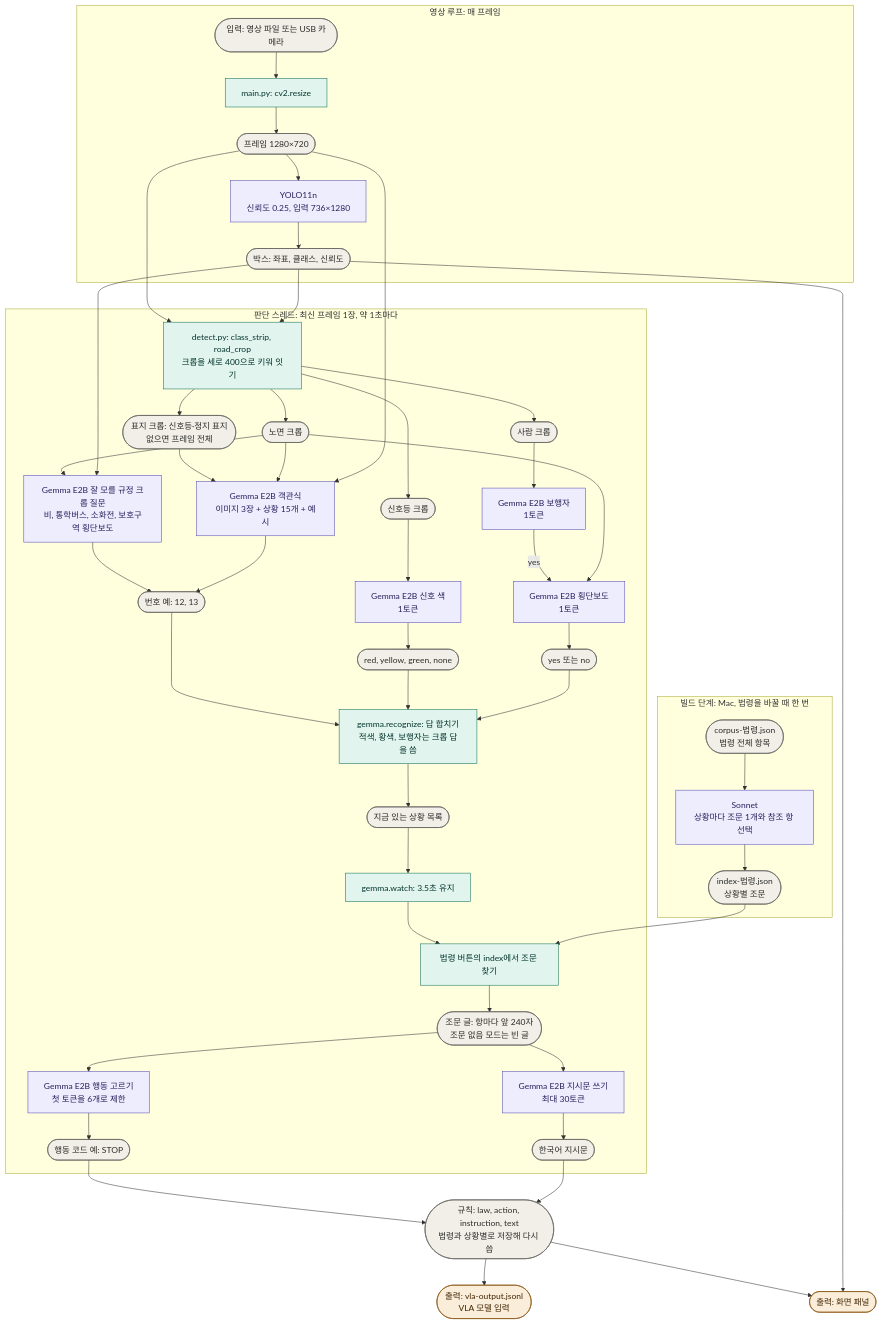
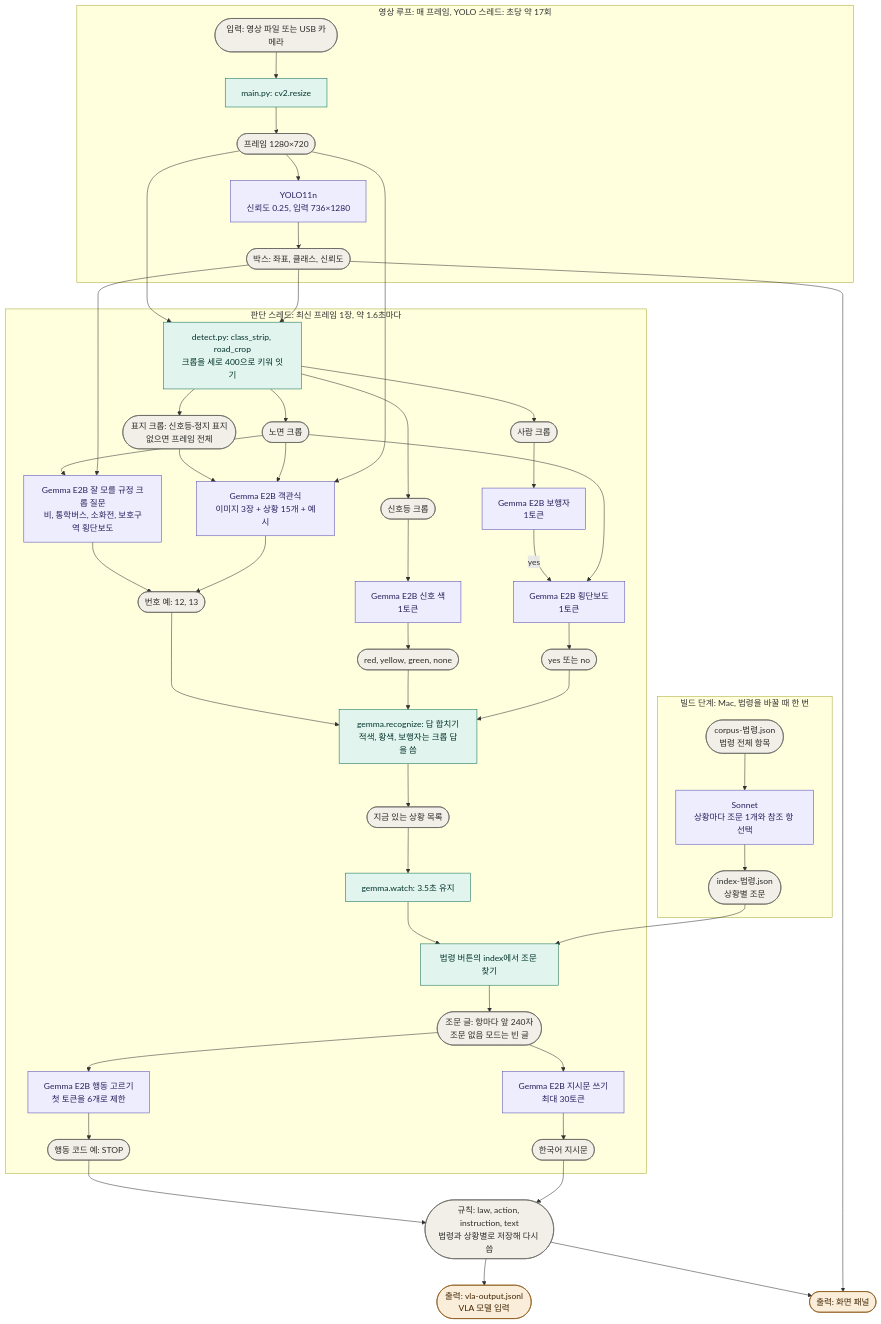
One commit to Nedian0Brien/Vision-LLM-202035152 changed the diagram in Project03/README.md. Above: the diagram before and after it, drawn with Mermaid. The commit also changed other lines of this file and 2 other files, not shown here.

Commit message:
feat: YOLO 스레드 분리와 재생 시각 기준 대기로 FPS 개선

````diff
--- a/Project03/README.md
+++ b/Project03/README.md
@@ -15,61 +15,61 @@
 ```mermaid
 flowchart TD
   subgraph S0["빌드 단계: Mac, 법령을 바꿀 때 한 번"]
     C0(["corpus-법령.json<br/>법령 전체 항목"]):::data --> C1["Sonnet<br/>상황마다 조문 1개와 참조 항 선택"]:::model
     C1 --> IDX(["index-법령.json<br/>상황별 조문"]):::data
   end
-  subgraph S1["영상 루프: 매 프레임"]
+  subgraph S1["영상 루프: 매 프레임, YOLO 스레드: 초당 약 17회"]
     IN(["입력: 영상 파일 또는 USB 카메라"]):::data --> RS["main.py: cv2.resize"]:::code
     RS --> FR(["프레임 1280×720"]):::data
     FR --> Y["YOLO11n<br/>신뢰도 0.25, 입력 736×1280"]:::model
     Y --> BX(["박스: 좌표, 클래스, 신뢰도"]):::data
   end
-  subgraph S2["판단 스레드: 최신 프레임 1장, 약 1초마다"]
+  subgraph S2["판단 스레드: 최신 프레임 1장, 약 1.6초마다"]
     CP["detect.py: class_strip, road_crop<br/>크롭을 세로 400으로 키워 잇기"]:::code
     CP --> IA(["표지 크롭: 신호등·정지 표지<br/>없으면 프레임 전체"]):::data
     CP --> IB(["신호등 크롭"]):::data
     CP --> IC(["사람 크롭"]):::data
     CP --> ID(["노면 크롭"]):::data
     G1["Gemma E2B 객관식<br/>이미지 3장 + 상황 15개 + 예시"]:::model
     G2["Gemma E2B 신호 색<br/>1토큰"]:::model
     G3["Gemma E2B 보행자<br/>1토큰"]:::model
     G4["Gemma E2B 횡단보도<br/>1토큰"]:::model
     G5["Gemma E2B 잘 모를 규정 크롭 질문<br/>비, 통학버스, 소화전, 보호구역 횡단보도"]:::model
     IA --> G1
     ID --> G1
     IB --> G2
     IC --> G3
     G3 -- "yes" --> G4
     ID --> G4
     ID --> G5
     BX --> G5
     G5 --> A1
     G1 --> A1(["번호 예: 12, 13"]):::data
     G2 --> A2(["red, yellow, green, none"]):::data
     G4 --> A3(["yes 또는 no"]):::data
     A1 --> MG["gemma.recognize: 답 합치기<br/>적색, 황색, 보행자는 크롭 답을 씀"]:::code
     A2 --> MG
     A3 --> MG
     MG --> FD(["지금 있는 상황 목록"]):::data
     FD --> HD["gemma.watch: 3.5초 유지"]:::code
     HD --> LK["법령 버튼의 index에서 조문 찾기"]:::code
     LK --> TX(["조문 글: 항마다 앞 240자<br/>조문 없음 모드는 빈 글"]):::data
     TX --> R1["Gemma E2B 행동 고르기<br/>첫 토큰을 6개로 제한"]:::model
     TX --> R2["Gemma E2B 지시문 쓰기<br/>최대 30토큰"]:::model
     R1 --> AC(["행동 코드 예: STOP"]):::data
     R2 --> IS(["한국어 지시문"]):::data
   end
   AC --> RL(["규칙: law, action, instruction, text<br/>법령과 상황별로 저장해 다시 씀"]):::data
   IS --> RL
   RL --> O1(["출력: vla-output.jsonl<br/>VLA 모델 입력"]):::out
   RL --> O2(["출력: 화면 패널"]):::out
   BX --> O2
   FR --> G1
   FR --> CP
   BX --> CP
   IDX --> LK
   classDef model fill:#EEEDFE,stroke:#534AB7,color:#26215C
   classDef code fill:#E1F5EE,stroke:#0F6E56,color:#04342C
   classDef data fill:#F1EFE8,stroke:#5F5E5A,color:#2C2C2A
   classDef out fill:#FAEEDA,stroke:#854F0B,color:#412402
 ```
````
